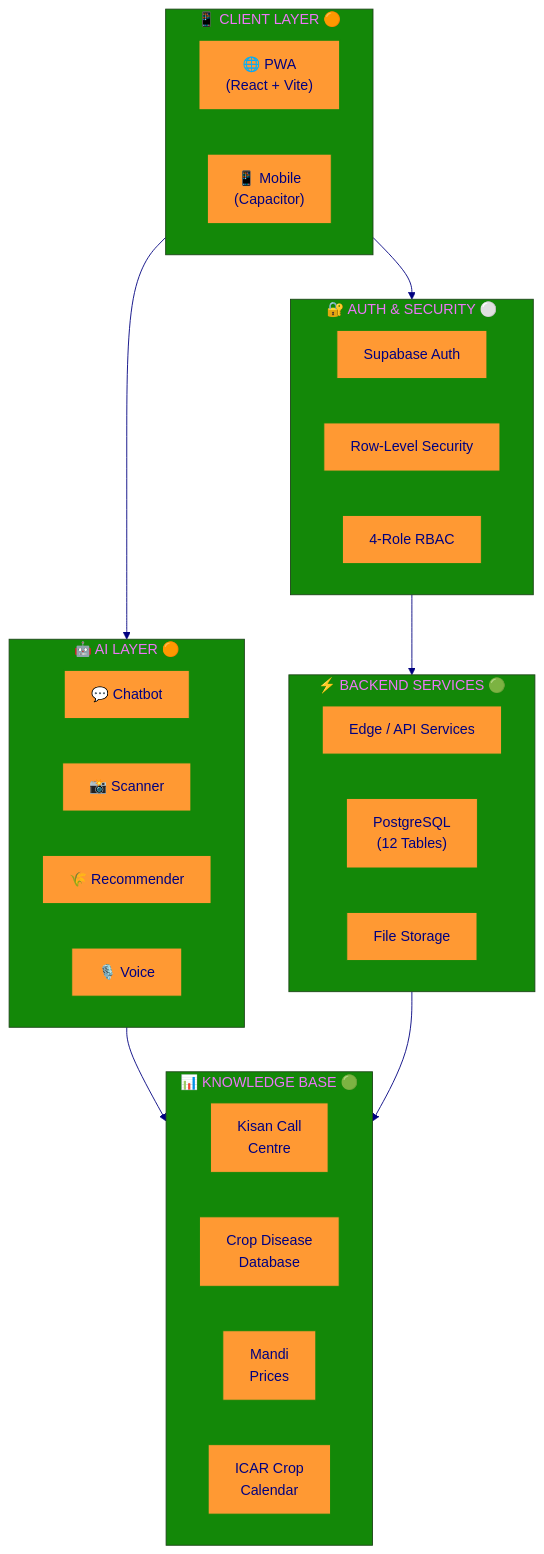
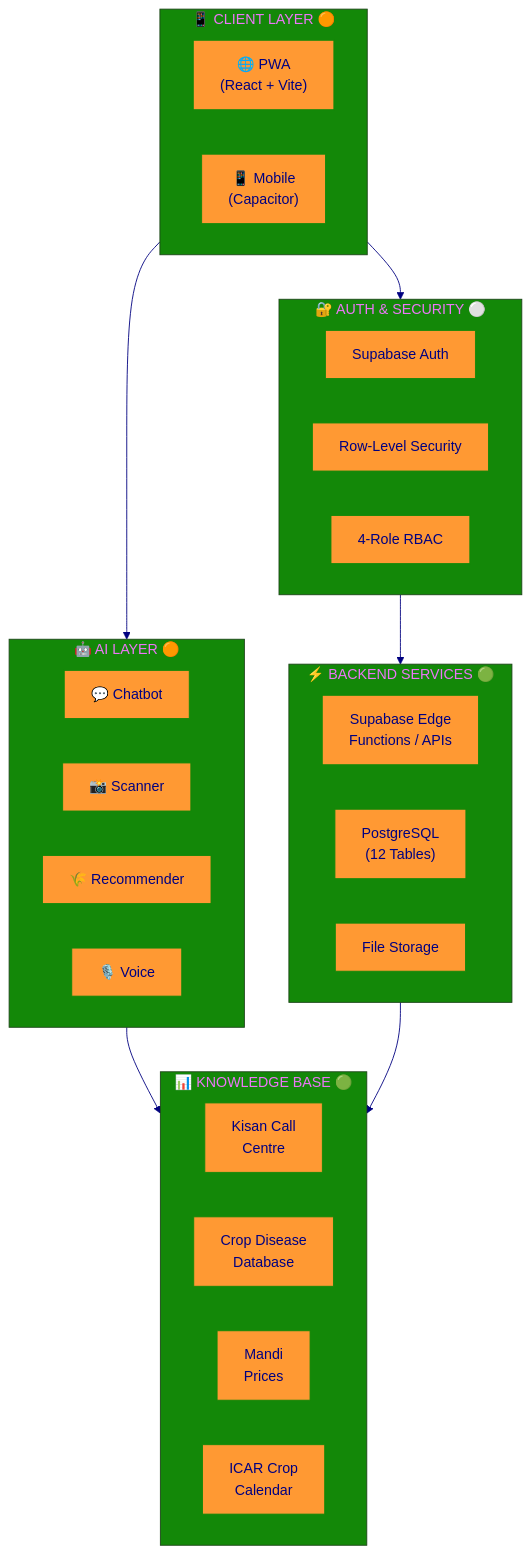
Before and after one commit to Samrudh2006/Farm_Intellect: the first of 2 diagrams in README.md, drawn with Mermaid. The commit also changed other lines of this file, not shown here.

````diff
--- a/README.md
+++ b/README.md
@@ -99,44 +99,44 @@
 ```mermaid
 %%{init: {'theme': 'base', 'themeVariables': { 'primaryColor': '#FF9933', 'primaryTextColor': '#000080', 'primaryBorderColor': '#138808', 'lineColor': '#000080', 'secondaryColor': '#FFFFFF', 'tertiaryColor': '#138808'}}}%%
 flowchart TB
     subgraph Client["📱 CLIENT LAYER 🟠"]
         direction LR
         PWA["🌐 PWA<br/>(React + Vite)"]
         CAP["📱 Mobile<br/>(Capacitor)"]
     end
 
     subgraph Auth["🔐 AUTH & SECURITY ⚪"]
         direction LR
         SA["Supabase Auth"]
         RLS["Row-Level Security"]
         RBAC["4-Role RBAC"]
     end
 
     subgraph Backend["⚡ BACKEND SERVICES 🟢"]
         direction LR
-        EF["Edge / API Services"]
+        EF["Supabase Edge<br/>Functions / APIs"]
         DB["PostgreSQL<br/>(12 Tables)"]
         ST["File Storage"]
     end
 
     subgraph AI["🤖 AI LAYER 🟠"]
         direction LR
         CHAT["💬 Chatbot"]
         SCAN["📸 Scanner"]
         REC["🌾 Recommender"]
         VOICE["🎙️ Voice"]
     end
 
     subgraph Data["📊 KNOWLEDGE BASE 🟢"]
         direction LR
         KCC["Kisan Call<br/>Centre"]
         CROP["Crop Disease<br/>Database"]
         MANDI["Mandi<br/>Prices"]
         CAL["ICAR Crop<br/>Calendar"]
     end
 
     Client --> Auth --> Backend
     Client --> AI
     AI --> Data
     Backend --> Data
 ```
````
